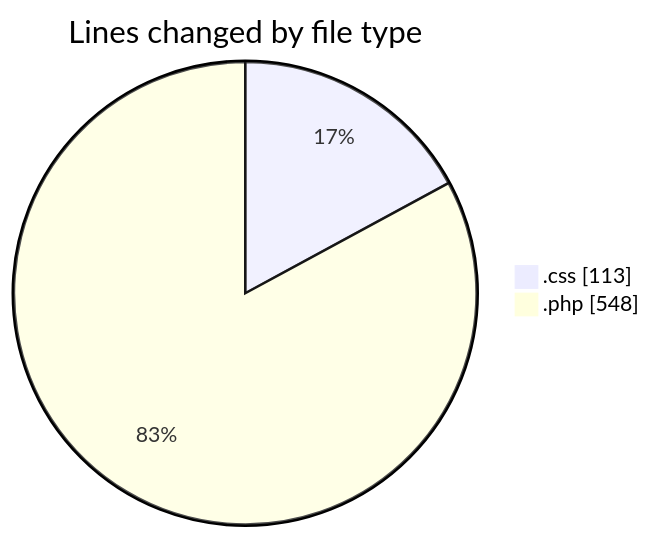
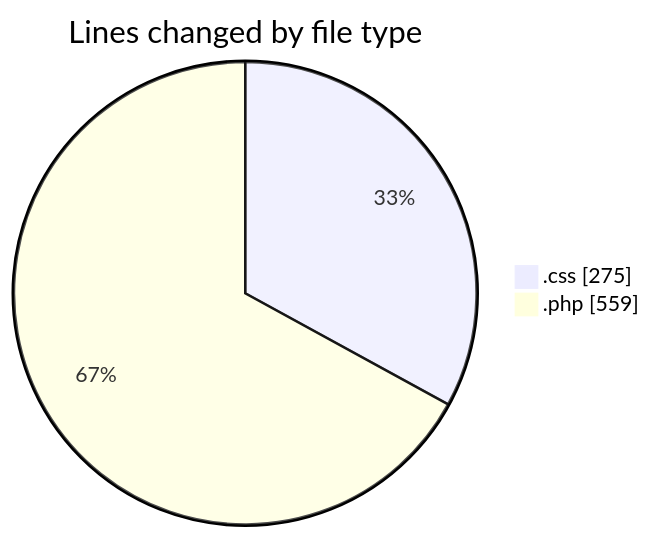
The first of 2 diagrams in 2026-03-20/designexo-child/README.md (momahboobian/code-tracking), drawn with Mermaid before and after one commit. The commit also changed other lines of this file and 1 other file, not shown here.

````diff
--- a/2026-03-20/designexo-child/README.md
+++ b/2026-03-20/designexo-child/README.md
@@ -28,6 +28,6 @@
 ```mermaid
 pie showData
 title Lines changed by file type
-".css" : 113
-".php" : 548
+".css" : 275
+".php" : 559
 ```
````
